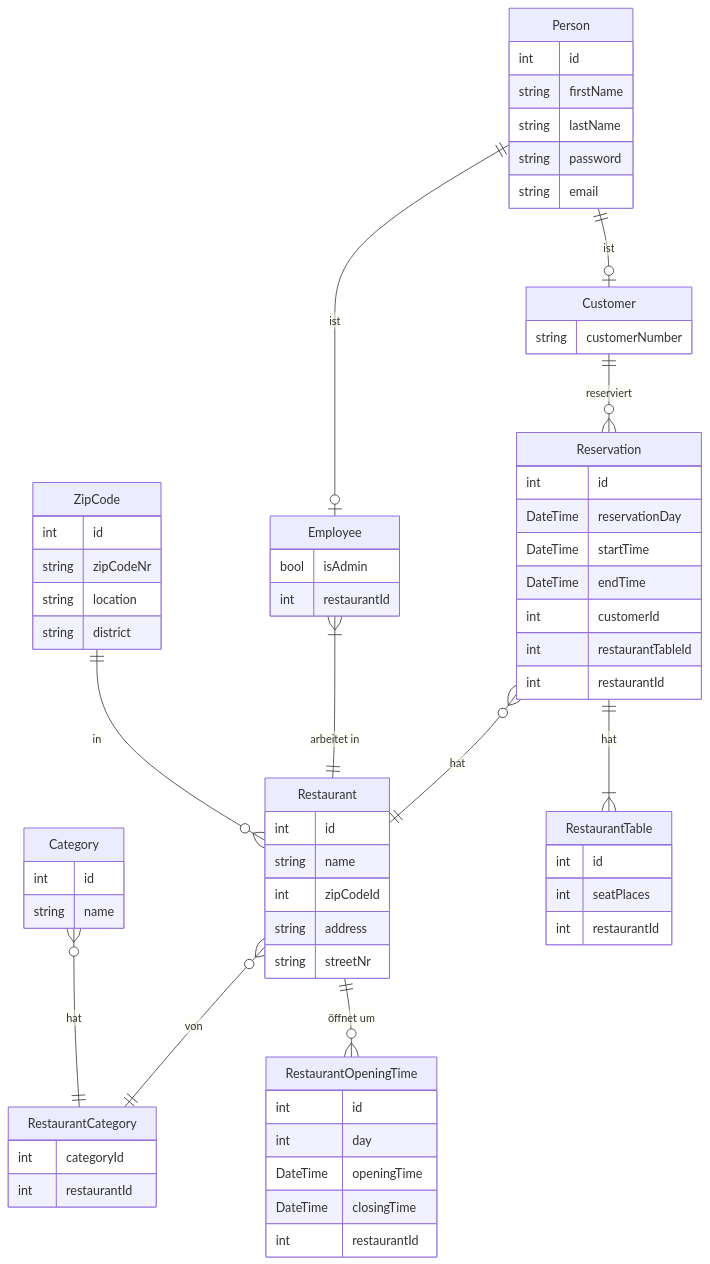
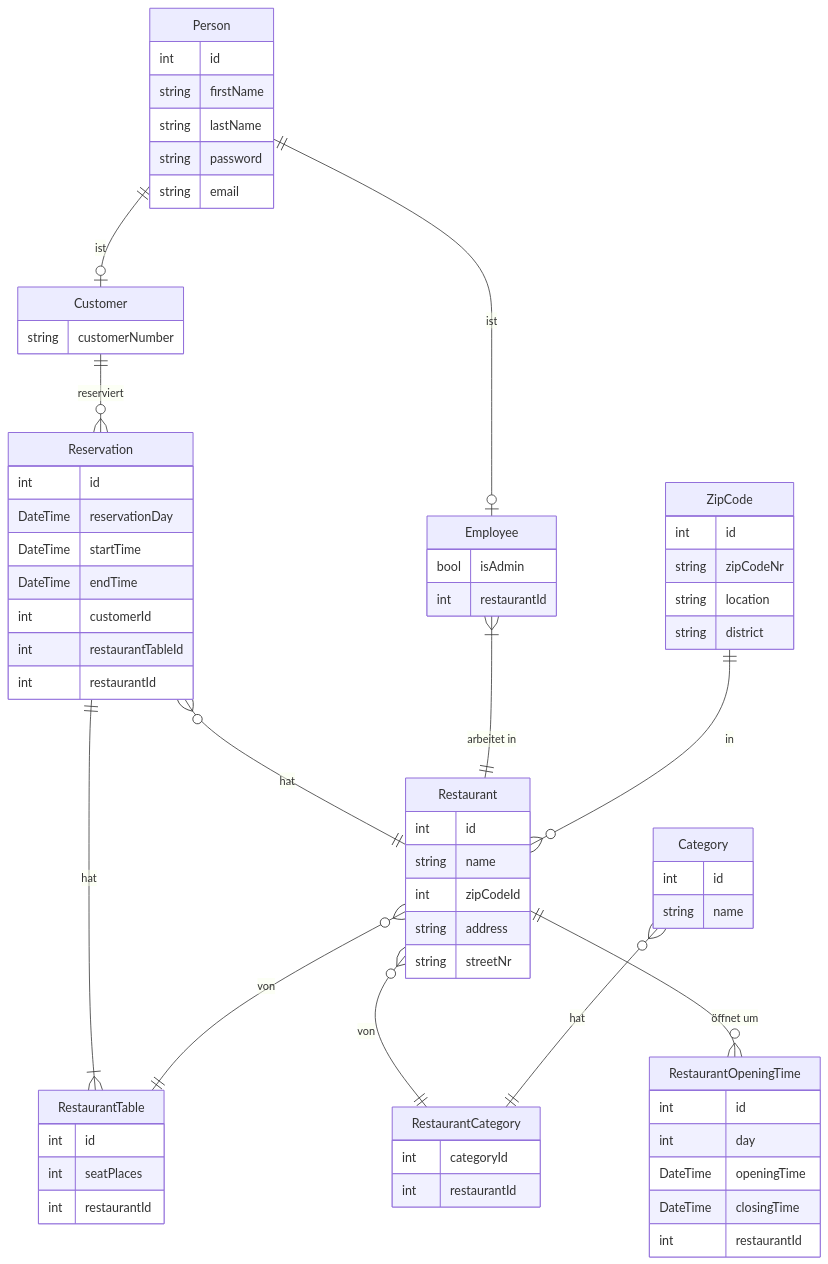
Before and after one commit to Tischreservierung/Dokumentation: the third of 5 diagrams in Dokumentation/systembeschreibung.md, drawn with Mermaid. The commit also changed other lines of this file, not shown here.

````diff
--- a/Dokumentation/systembeschreibung.md
+++ b/Dokumentation/systembeschreibung.md
@@ -41,80 +58,85 @@
 ```mermaid
 erDiagram
 
     ZipCode ||--o{ Restaurant : in
     Person  ||--o| Customer : ist
     Person ||--o| Employee : ist
-    Category }o--|| RestaurantCategory : hat
-    Restaurant }o--|| RestaurantCategory : von
     Employee }|--|| Restaurant : "arbeitet in"
+    Restaurant }o--|| RestaurantTable : von
+
     Restaurant ||--o{ RestaurantOpeningTime : "öffnet um"
     Reservation ||--|{ RestaurantTable : "hat"
     Reservation }o--||  Restaurant : "hat"
     Customer ||--o{ Reservation : reserviert
+    Category }o--|| RestaurantCategory : hat
+    Restaurant }o--|| RestaurantCategory : von
+
+
+
     
     
     Person  {
         int id
         string firstName
         string lastName
         string password
         string email
     }
     Customer {
         string customerNumber
     }
     Employee {
         bool isAdmin
         int restaurantId
     }
     Category {
         int id
         string name
     }
     Reservation {
         int id
         DateTime reservationDay
         DateTime startTime
         DateTime endTime
         int customerId
         int restaurantTableId
         int restaurantId
     }
     
     Restaurant {
         int id
         string name
         int zipCodeId
         string address
         string streetNr
     }
     
     RestaurantOpeningTime {
         int id
         int day
         DateTime openingTime
         DateTime closingTime
         int restaurantId
     }
     
     RestaurantTable {
         int id
         int seatPlaces
         int restaurantId
     }
     
     ZipCode {
         int id
         string zipCodeNr
         string location
         string district
     }
     
     RestaurantCategory {
         int categoryId
         int restaurantId
     }
     
 
 
 ```
````
